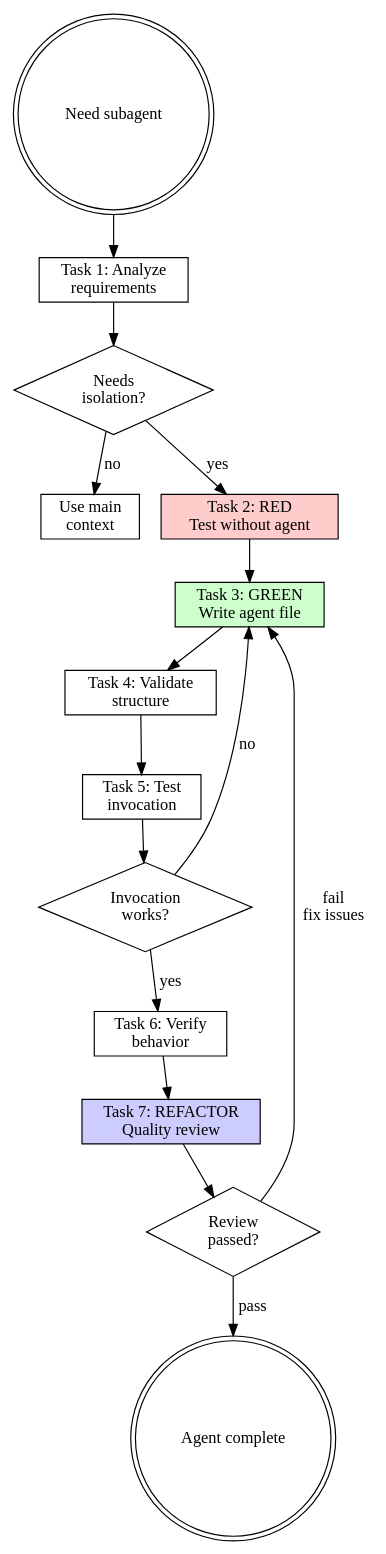
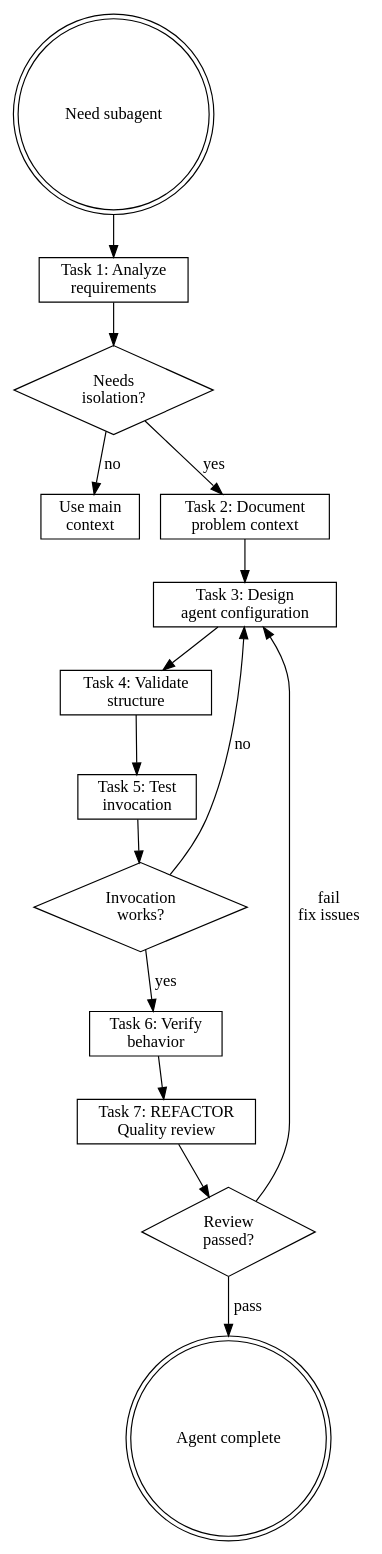
One commit to wayne930242/Reflexive-Claude-Code changed the diagram in plugins/rcc/skills/writing-subagents/SKILL.md. Above: the diagram before and after it, drawn with Graphviz. The commit also changed other lines of this file and 16 other files, not shown here.

````diff
--- a/plugins/rcc/skills/writing-subagents/SKILL.md
+++ b/plugins/rcc/skills/writing-subagents/SKILL.md
@@ -303,34 +303,34 @@
 ```dot
 digraph subagent_creation {
     rankdir=TB;
 
     start [label="Need subagent", shape=doublecircle];
     analyze [label="Task 1: Analyze\nrequirements", shape=box];
     need_agent [label="Needs\nisolation?", shape=diamond];
     no_agent [label="Use main\ncontext", shape=box];
-    baseline [label="Task 2: RED\nTest without agent", shape=box, style=filled, fillcolor="#ffcccc"];
-    write [label="Task 3: GREEN\nWrite agent file", shape=box, style=filled, fillcolor="#ccffcc"];
+    baseline [label="Task 2: Document\nproblem context", shape=box];
+    write [label="Task 3: Design\nagent configuration", shape=box];
     validate [label="Task 4: Validate\nstructure", shape=box];
     invoke [label="Task 5: Test\ninvocation", shape=box];
     invoke_pass [label="Invocation\nworks?", shape=diamond];
     verify [label="Task 6: Verify\nbehavior", shape=box];
-    review [label="Task 7: REFACTOR\nQuality review", shape=box, style=filled, fillcolor="#ccccff"];
+    review [label="Task 7: REFACTOR\nQuality review", shape=box];
     review_pass [label="Review\npassed?", shape=diamond];
     done [label="Agent complete", shape=doublecircle];
 
     start -> analyze;
     analyze -> need_agent;
     need_agent -> no_agent [label="no"];
     need_agent -> baseline [label="yes"];
     baseline -> write;
     write -> validate;
     validate -> invoke;
     invoke -> invoke_pass;
     invoke_pass -> verify [label="yes"];
     invoke_pass -> write [label="no"];
     verify -> review;
     review -> review_pass;
     review_pass -> done [label="pass"];
     review_pass -> write [label="fail\nfix issues"];
 }
 ```
````
